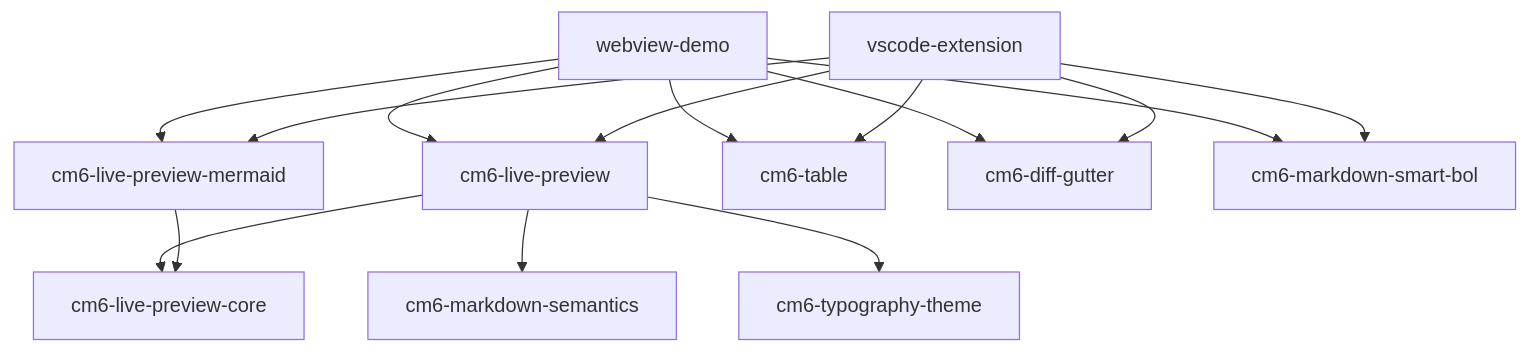
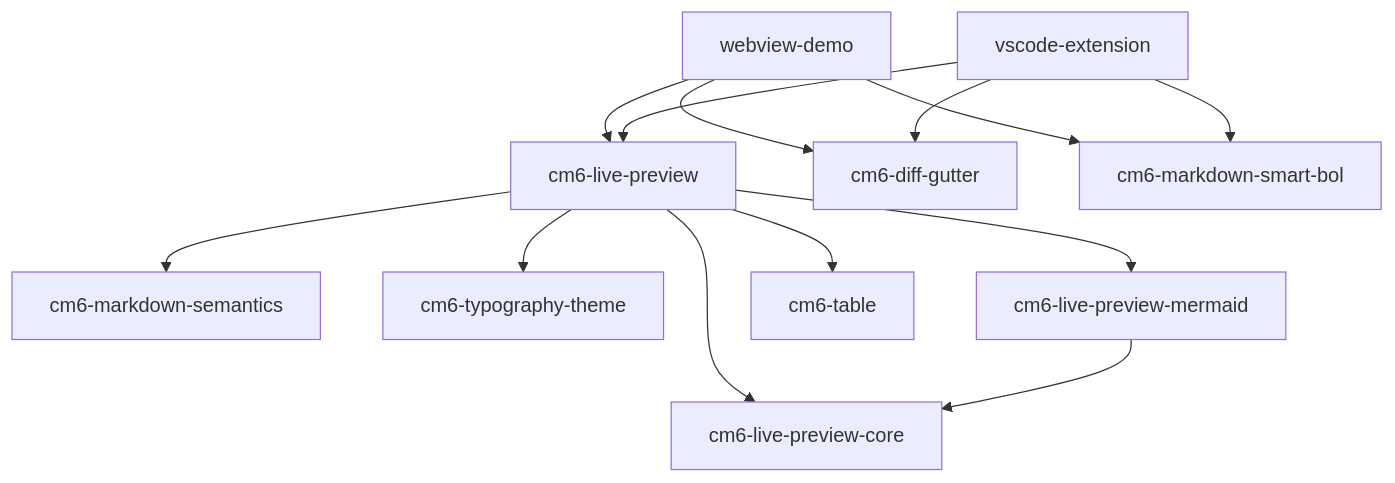
Before and after one commit to yuya296/MarkBloom: the second of 3 diagrams in docs/architecture/overview.md, drawn with Mermaid. The commit also changed other lines of this file and 10 other files, not shown here.

Commit message:
refactor: aggregate mermaid and table via live preview preset

````diff
--- a/docs/architecture/overview.md
+++ b/docs/architecture/overview.md
@@ -38,19 +38,17 @@
 ```mermaid
 graph TD
   webview-demo --> cm6-live-preview
-  webview-demo --> cm6-live-preview-mermaid
-  webview-demo --> cm6-table
   webview-demo --> cm6-diff-gutter
   webview-demo --> cm6-markdown-smart-bol
 
   vscode-extension --> cm6-live-preview
-  vscode-extension --> cm6-live-preview-mermaid
-  vscode-extension --> cm6-table
   vscode-extension --> cm6-diff-gutter
   vscode-extension --> cm6-markdown-smart-bol
 
   cm6-live-preview --> cm6-live-preview-core
   cm6-live-preview --> cm6-markdown-semantics
   cm6-live-preview --> cm6-typography-theme
+  cm6-live-preview --> cm6-live-preview-mermaid
+  cm6-live-preview --> cm6-table
   cm6-live-preview-mermaid --> cm6-live-preview-core
 ```
````
